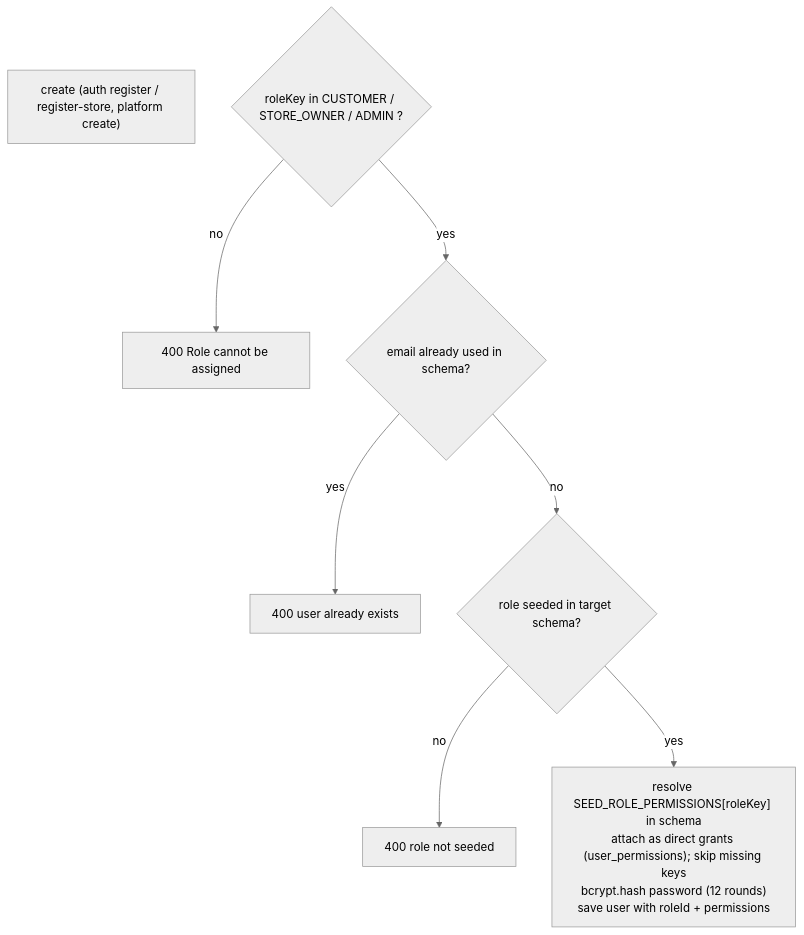
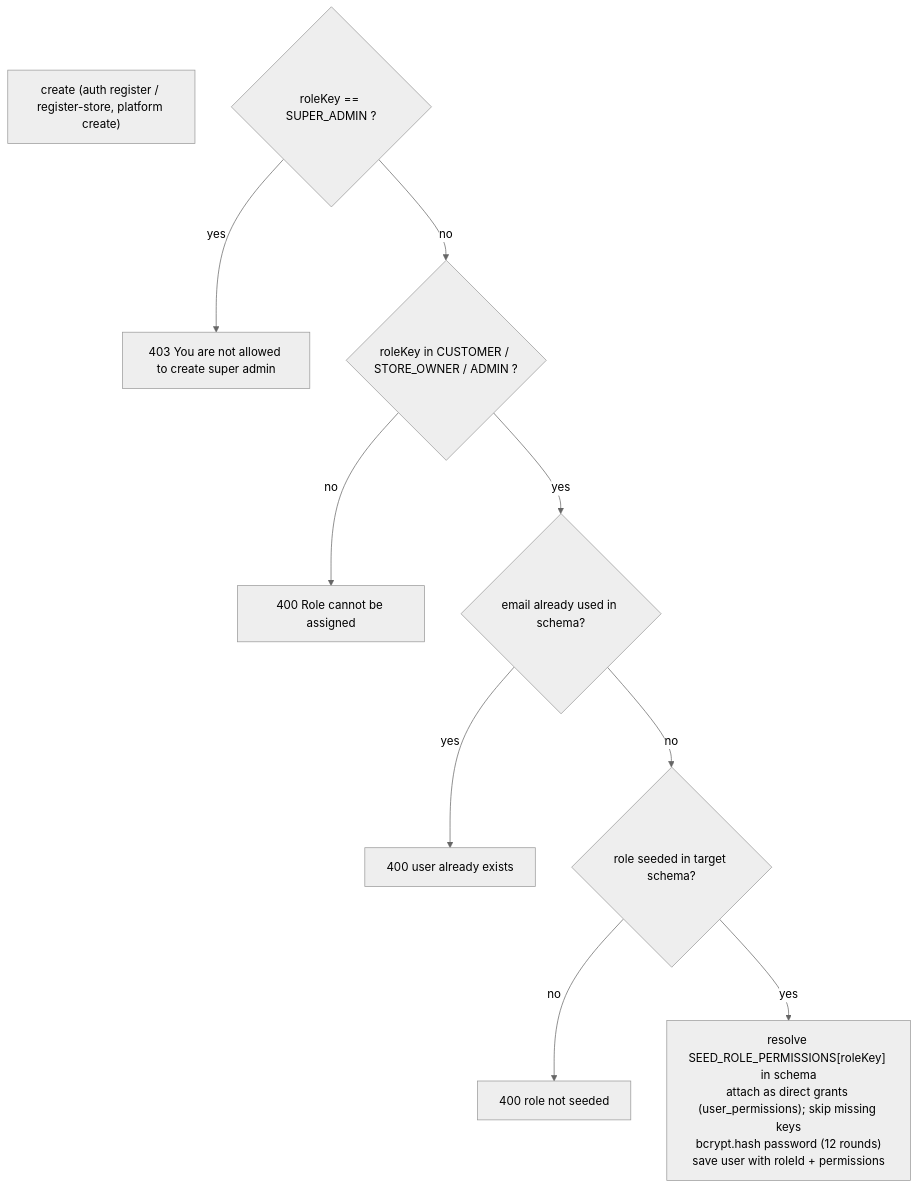
Before and after one commit to DevBassel/saas_commerce: the second of 5 diagrams in apps/api/src/modules/users/workflow.md, drawn with Mermaid (neutral theme). The commit also changed other lines of this file and 100 other files, not shown here.

````diff
--- a/apps/api/src/modules/users/workflow.md
+++ b/apps/api/src/modules/users/workflow.md
@@ -68,10 +67,11 @@
 ```mermaid
 flowchart TD
 CREATE["create (auth register / register-store, platform create)"]
-        C1{"roleKey in CUSTOMER / STORE_OWNER / ADMIN ?"} -->|"no"| C1E["400 Role cannot be assigned"]
+        C0{"roleKey == SUPER_ADMIN ?"} -->|"yes"| C0E["403 You are not allowed to create super admin"]
+        C0 -->|"no"| C1{"roleKey in CUSTOMER / STORE_OWNER / ADMIN ?"} -->|"no"| C1E["400 Role cannot be assigned"]
         C1 -->|"yes"| C2{"email already used in schema?"}
         C2 -->|"yes"| C2E["400 user already exists"]
         C2 -->|"no"| C3{"role seeded in target schema?"}
         C3 -->|"no"| C3E["400 role not seeded"]
         C3 -->|"yes"| C4["resolve SEED_ROLE_PERMISSIONS[roleKey] in schema<br/>attach as direct grants (user_permissions); skip missing keys<br/>bcrypt.hash password (12 rounds)<br/>save user with roleId + permissions"]
 ```
````
